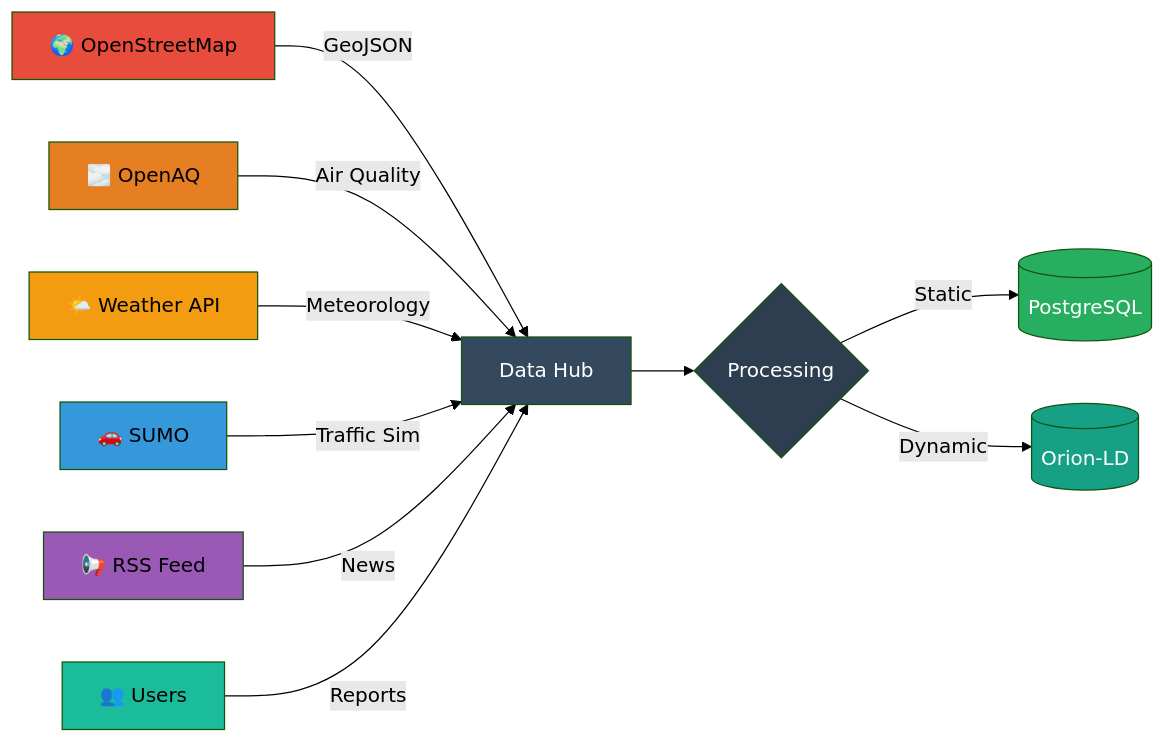
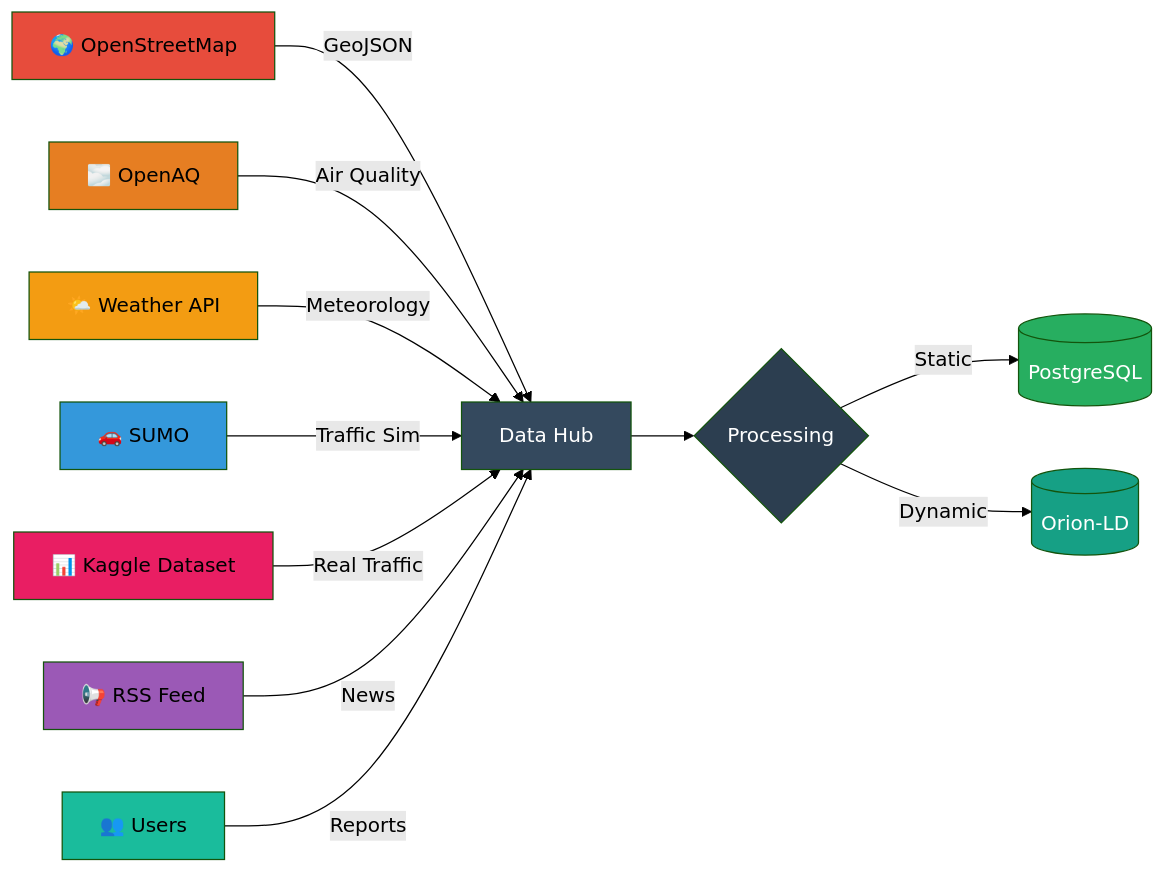
Before and after one commit to HouHackathon-CQP/.github: the first of 2 diagrams in profile/README_EN.md, drawn with Mermaid (forest theme). The commit also changed other lines of this file and 8 other files, not shown here.

````diff
--- a/profile/README_EN.md
+++ b/profile/README_EN.md
@@ -351,24 +463,26 @@
 ```mermaid
 graph LR
     A[🌍 OpenStreetMap] -->|GeoJSON| E[Data Hub]
     B[🌫️ OpenAQ] -->|Air Quality| E
     C[🌤️ Weather API] -->|Meteorology| E
     D[🚗 SUMO] -->|Traffic Sim| E
+    K[📊 Kaggle Dataset] -->|Real Traffic| E
     F[📢 RSS Feed] -->|News| E
     G[👥 Users] -->|Reports| E
     
     E --> H{Processing}
     H -->|Static| I[(PostgreSQL)]
     H -->|Dynamic| J[(Orion-LD)]
     
     style A fill:#e74c3c
     style B fill:#e67e22
     style C fill:#f39c12
     style D fill:#3498db
+    style K fill:#e91e63
     style F fill:#9b59b6
     style G fill:#1abc9c
     style E fill:#34495e,color:#fff
     style H fill:#2c3e50,color:#fff
     style I fill:#27ae60,color:#fff
     style J fill:#16a085,color:#fff
 ```
````
